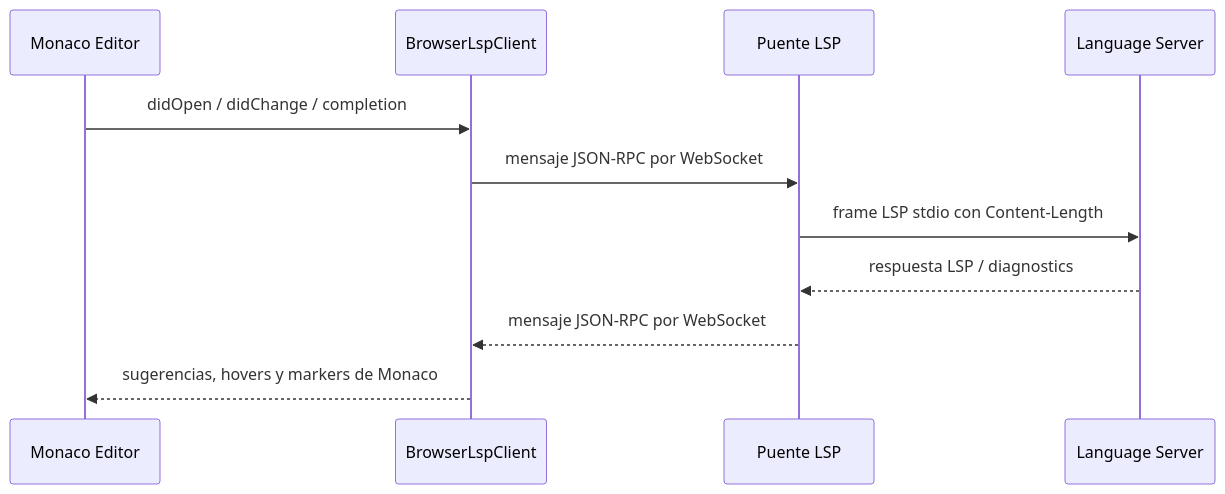
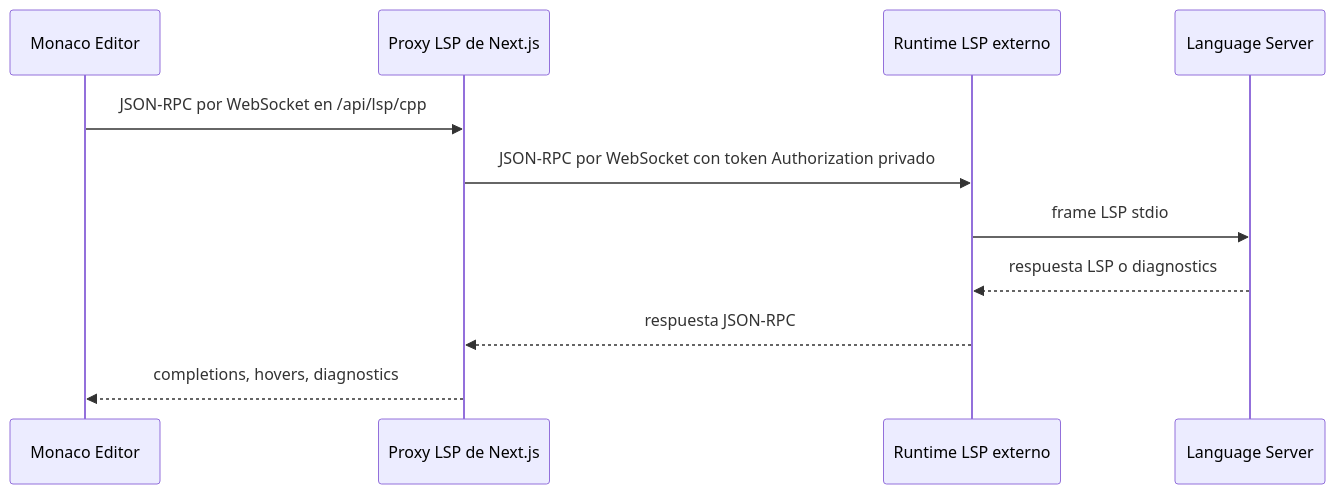
Before and after one commit to samuelloza/vibe-ide: the second of 3 diagrams in README.es.md, drawn with Mermaid. The commit also changed other lines of this file and 1 other file, not shown here.

````diff
--- a/README.es.md
+++ b/README.es.md
@@ -69,14 +72,14 @@
 ```mermaid
 sequenceDiagram
   participant E as Monaco Editor
-  participant C as BrowserLspClient
-  participant B as Puente LSP
+  participant P as Proxy LSP de Next.js
+  participant R as Runtime LSP externo
   participant S as Language Server
 
-  E->>C: didOpen / didChange / completion
-  C->>B: mensaje JSON-RPC por WebSocket
-  B->>S: frame LSP stdio con Content-Length
-  S-->>B: respuesta LSP / diagnostics
-  B-->>C: mensaje JSON-RPC por WebSocket
-  C-->>E: sugerencias, hovers y markers de Monaco
+  E->>P: JSON-RPC por WebSocket en /api/lsp/cpp
+  P->>R: JSON-RPC por WebSocket con token Authorization privado
+  R->>S: frame LSP stdio
+  S-->>R: respuesta LSP o diagnostics
+  R-->>P: respuesta JSON-RPC
+  P-->>E: completions, hovers, diagnostics
 ```
````
